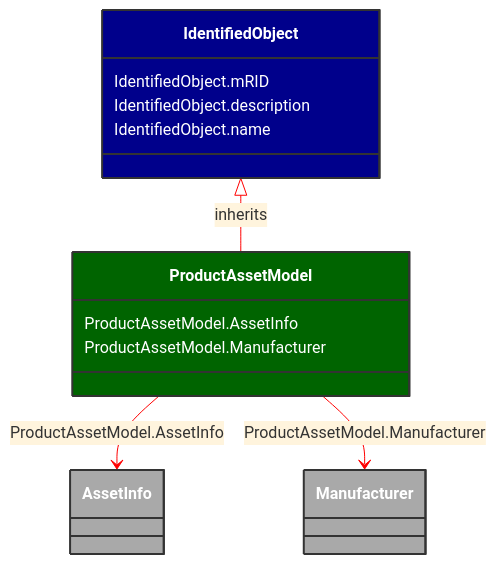
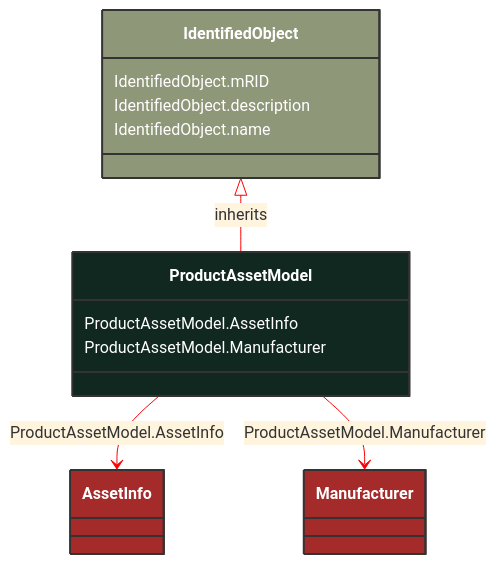
One commit to 3lbits/NoCIMExtensions changed the diagram in docs/Models/Profiles/SubseaCableInfo/ConcreteClasses/ProductAssetModel.md. Above: the diagram before and after it, drawn with Mermaid. The commit also changed 190 other files, not shown here.

````diff
--- a/docs/Models/Profiles/SubseaCableInfo/ConcreteClasses/ProductAssetModel.md
+++ b/docs/Models/Profiles/SubseaCableInfo/ConcreteClasses/ProductAssetModel.md
@@ -8,33 +8,29 @@
 ```mermaid
 %%{init: {'theme':'base','themeVariables': {'lineColor': '#FF0000'}}}%%
 classDiagram
     class ProductAssetModel
     click ProductAssetModel href "/Models/Profiles/SubseaCableInfo/ConcreteClasses/ProductAssetModel/"
-    style ProductAssetModel fill:#006400,stroke:#333,stroke-width:2px,rx:10,ry:10,color:white
-
+    style ProductAssetModel fill:#102820,stroke:#333,stroke-width:2px,rx:10,ry:10,color:white
+     
         IdentifiedObject <|-- ProductAssetModel : inherits
             click IdentifiedObject href "/Models/Profiles/SubseaCableInfo/AbstractClasses/IdentifiedObject/"
-            style IdentifiedObject fill:#00008B,stroke:#333,stroke-width:2px,rx:10,ry:10,color:white
-
-        ProductAssetModel
-            click ProductAssetModel href "/Models/Profiles/SubseaCableInfo/ConcreteClasses/ProductAssetModel/"
-            style IdentifiedObject fill:#00008B,stroke:#333,stroke-width:2px,rx:10,ry:10,color:white
+            style IdentifiedObject fill:#8F9779,stroke:#333,stroke-width:2px,rx:10,ry:10,color:white
 
         ProductAssetModel --> AssetInfo : ProductAssetModel.AssetInfo
 
         AssetInfo
             click AssetInfo href "/Models/Profiles/SubseaCableInfo/AbstractClasses/AssetInfo/"
-            style AssetInfo fill:#A9A9A9,stroke:#333,stroke-width:2px,rx:10,ry:10,color:white
+            style AssetInfo fill:#A52A2A,stroke:#333,stroke-width:2px,rx:10,ry:10,color:white
         ProductAssetModel --> Manufacturer : ProductAssetModel.Manufacturer
 
         Manufacturer
             click Manufacturer href "/Models/Profiles/SubseaCableInfo/ConcreteClasses/Manufacturer/"
-            style Manufacturer fill:#A9A9A9,stroke:#333,stroke-width:2px,rx:10,ry:10,color:white
+            style Manufacturer fill:#A52A2A,stroke:#333,stroke-width:2px,rx:10,ry:10,color:white
 
 
         ProductAssetModel : ProductAssetModel.AssetInfo
         ProductAssetModel : ProductAssetModel.Manufacturer
         IdentifiedObject : IdentifiedObject.mRID
         IdentifiedObject : IdentifiedObject.description
         IdentifiedObject : IdentifiedObject.name
 ```
````
